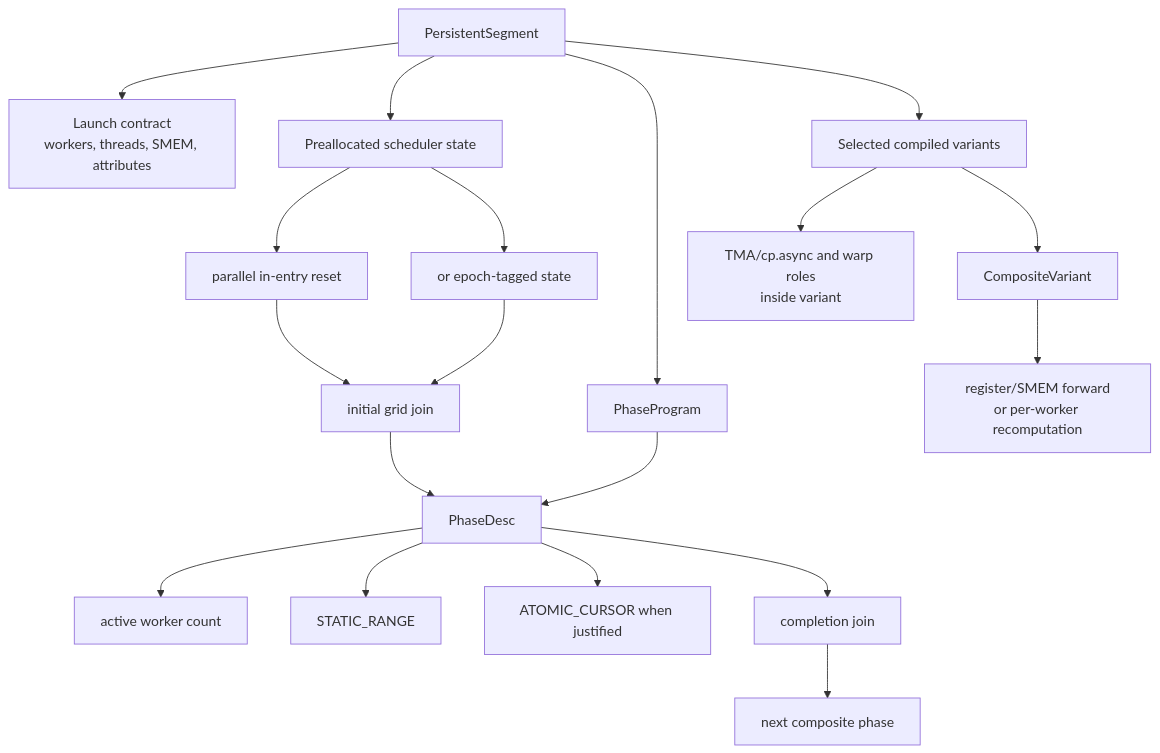
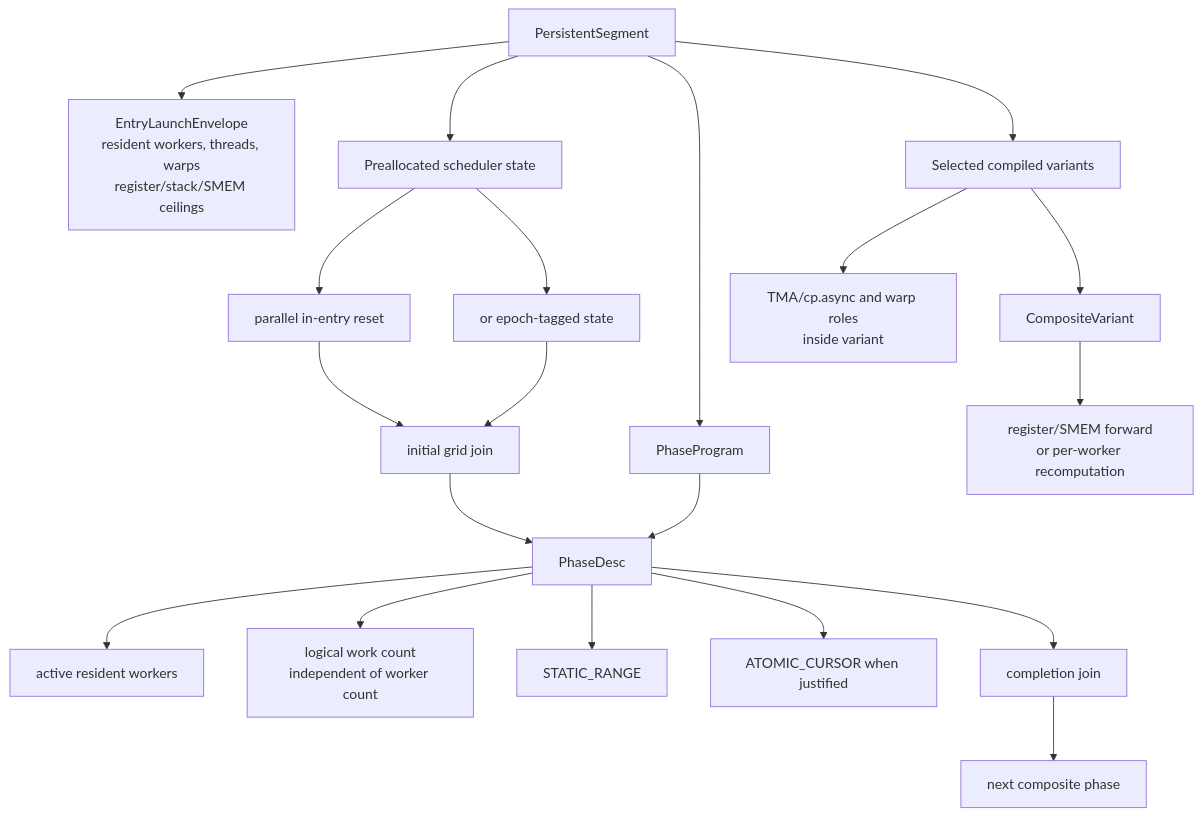
Before and after one commit to megabake/megabake: the ninth of 16 diagrams in MEGABAKE_V2_DATAFLOW_DIAGRAM.md, drawn with Mermaid. The commit also changed other lines of this file and 6 other files, not shown here.

Commit message:
updating the final architecture

````diff
--- a/MEGABAKE_V2_DATAFLOW_DIAGRAM.md
+++ b/MEGABAKE_V2_DATAFLOW_DIAGRAM.md
@@ -342,25 +399,26 @@
 ```mermaid
 flowchart TB
-  A["PersistentSegment"] --> B["Launch contract<br/>workers, threads, SMEM, attributes"]
+  A["PersistentSegment"] --> B["EntryLaunchEnvelope<br/>resident workers, threads, warps<br/>register/stack/SMEM ceilings"]
   A --> C["Preallocated scheduler state"]
   A --> D["PhaseProgram"]
   A --> E["Selected compiled variants"]
 
   C --> C1["parallel in-entry reset"]
   C --> C2["or epoch-tagged state"]
   C1 --> F["initial grid join"]
   C2 --> F
 
   D --> G["PhaseDesc"]
-  G --> G1["active worker count"]
+  G --> G1["active resident workers"]
+  G --> G0["logical work count<br/>independent of worker count"]
   G --> G2["STATIC_RANGE"]
   G --> G3["ATOMIC_CURSOR when justified"]
   G --> G4["completion join"]
 
   E --> H["TMA/cp.async and warp roles<br/>inside variant"]
   E --> I["CompositeVariant"]
   I --> J["register/SMEM forward<br/>or per-worker recomputation"]
 
   F --> G
   G4 --> K["next composite phase"]
 ```
````
